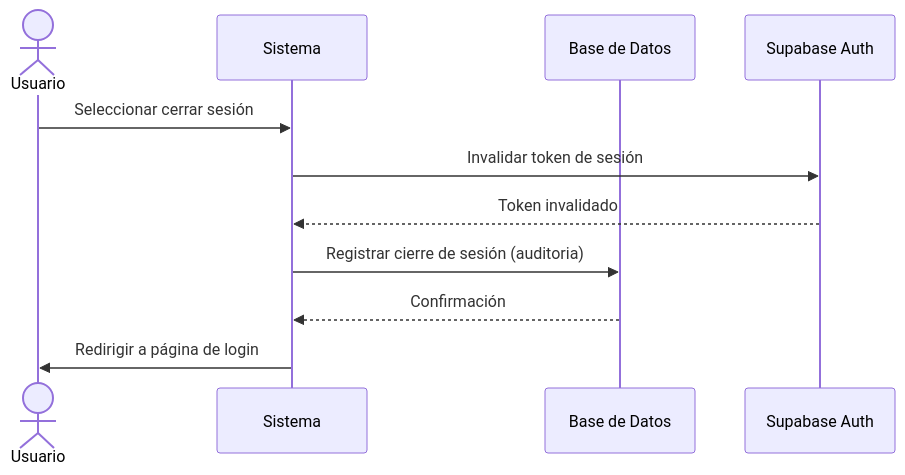
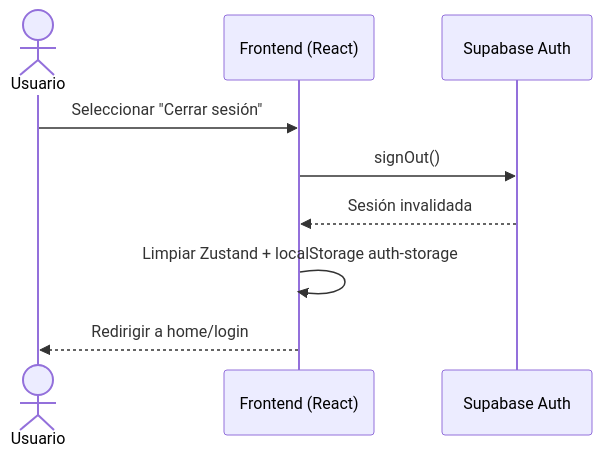
The third of 33 diagrams in Documentacion/Diagramas/Diagrama_Secuencias.md (Deibyd07/Gestion-de-Eventos), drawn with Mermaid before and after one commit. The commit also changed other lines of this file, not shown here.

Commit message:
Update sequence diagrams to reflect actual implementation

````diff
--- a/Documentacion/Diagramas/Diagrama_Secuencias.md
+++ b/Documentacion/Diagramas/Diagrama_Secuencias.md
@@ -72,14 +73,12 @@
 ```mermaid
 sequenceDiagram
     actor Usuario
-    participant Sistema
-    participant BD as Base de Datos
+    participant App as Frontend (React)
     participant Auth as Supabase Auth
-    
-    Usuario->>Sistema: Seleccionar cerrar sesión
-    Sistema->>Auth: Invalidar token de sesión
-    Auth-->>Sistema: Token invalidado
-    Sistema->>BD: Registrar cierre de sesión (auditoria)
-    BD-->>Sistema: Confirmación
-    Sistema->>Usuario: Redirigir a página de login
+
+    Usuario->>App: Seleccionar "Cerrar sesión"
+    App->>Auth: signOut()
+    Auth-->>App: Sesión invalidada
+    App->>App: Limpiar Zustand + localStorage auth-storage
+    App-->>Usuario: Redirigir a home/login
 ```
````
